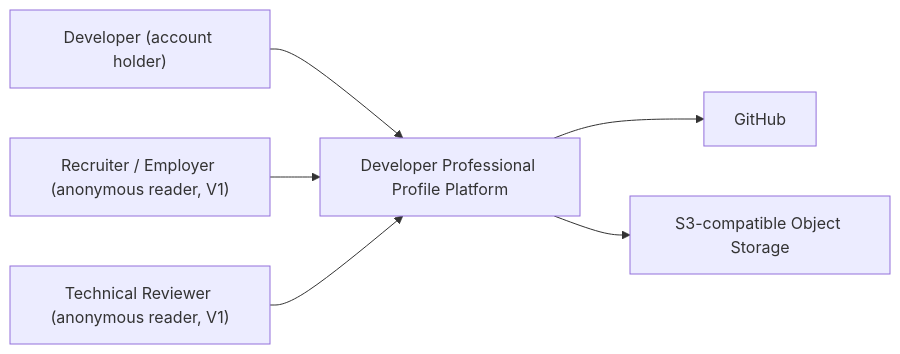
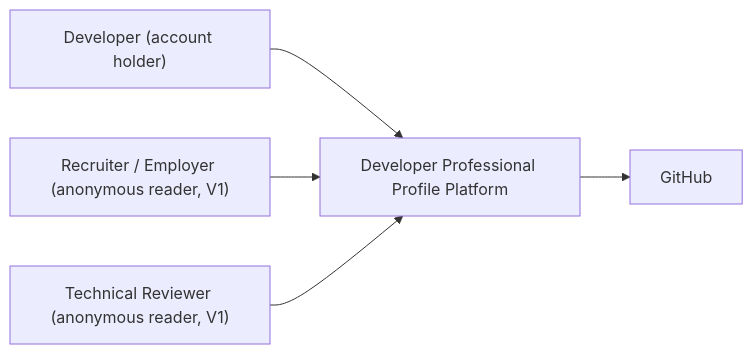
The first of 2 diagrams in docs/architecture/ARCHITECTURE.md (DizelPizell/developer-profile-platform), drawn with Mermaid before and after one commit. The commit also changed other lines of this file and 9 other files, not shown here.

````diff
--- a/docs/architecture/ARCHITECTURE.md
+++ b/docs/architecture/ARCHITECTURE.md
@@ -9,18 +9,16 @@
 ```mermaid
 flowchart LR
     Developer["Developer (account holder)"]
     Recruiter["Recruiter / Employer (anonymous reader, V1)"]
     Reviewer["Technical Reviewer (anonymous reader, V1)"]
 
     Platform["Developer Professional Profile Platform"]
 
     GitHub["GitHub"]
-    Storage["S3-compatible Object Storage"]
 
     Developer --> Platform
     Recruiter --> Platform
     Reviewer --> Platform
 
     Platform --> GitHub
-    Platform --> Storage
 ```
````
